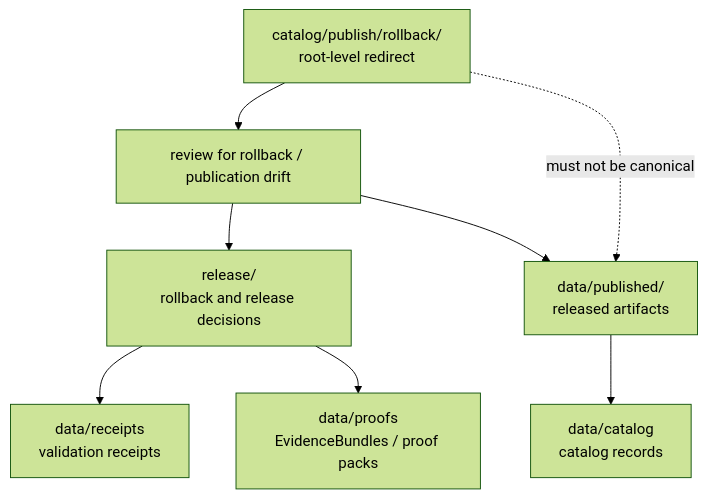
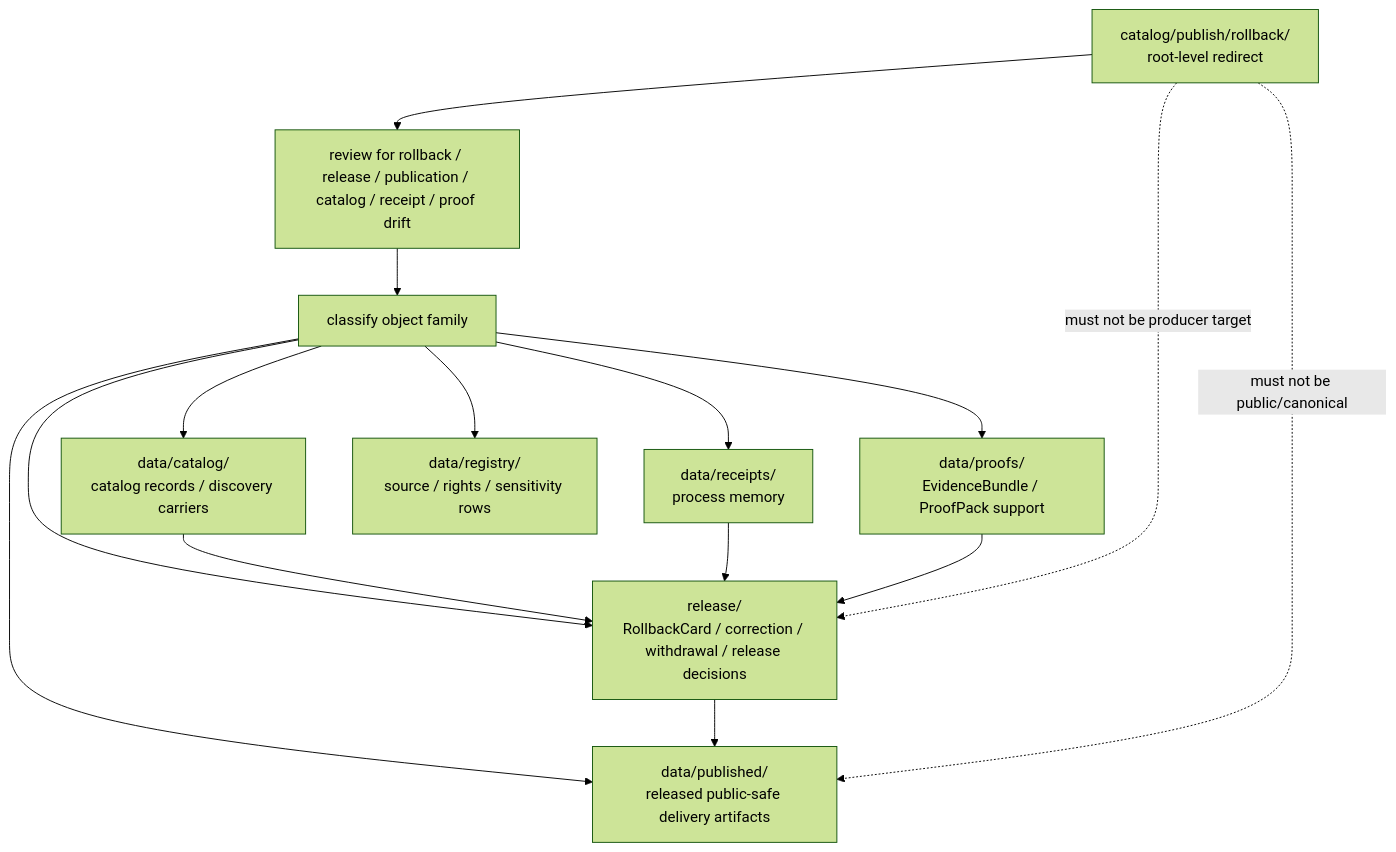
One commit to bartytime4life/Kansas-Frontier-Matrix changed the diagram in catalog/publish/rollback/README.md. Above: the diagram before and after it, drawn with Mermaid (forest theme). The commit also changed other lines of this file, not shown here.

Commit message:
docs: update catalog publish rollback redirect readme

````diff
--- a/catalog/publish/rollback/README.md
+++ b/catalog/publish/rollback/README.md
@@ -165,10 +275,17 @@
 ```mermaid
 flowchart TD
-    wrong["catalog/publish/rollback/\nroot-level redirect"] --> review["review for rollback / publication drift"]
-    review --> release["release/\nrollback and release decisions"]
-    review --> published["data/published/\nreleased artifacts"]
-    release --> receipts["data/receipts\nvalidation receipts"]
-    release --> proofs["data/proofs\nEvidenceBundles / proof packs"]
-    published --> catalog["data/catalog\ncatalog records"]
-    wrong -. "must not be canonical" .-> published
+    wrong["catalog/publish/rollback/\nroot-level redirect"] --> review["review for rollback / release / publication / catalog / receipt / proof drift"]
+    review --> classify["classify object family"]
+    classify --> release["release/\nRollbackCard / correction / withdrawal / release decisions"]
+    classify --> published["data/published/\nreleased public-safe delivery artifacts"]
+    classify --> catalog["data/catalog/\ncatalog records / discovery carriers"]
+    classify --> receipts["data/receipts/\nprocess memory"]
+    classify --> proofs["data/proofs/\nEvidenceBundle / ProofPack support"]
+    classify --> registry["data/registry/\nsource / rights / sensitivity rows"]
+    catalog --> release
+    receipts --> release
+    proofs --> release
+    release --> published
+    wrong -. "must not be public/canonical" .-> published
+    wrong -. "must not be producer target" .-> release
 ```
````
